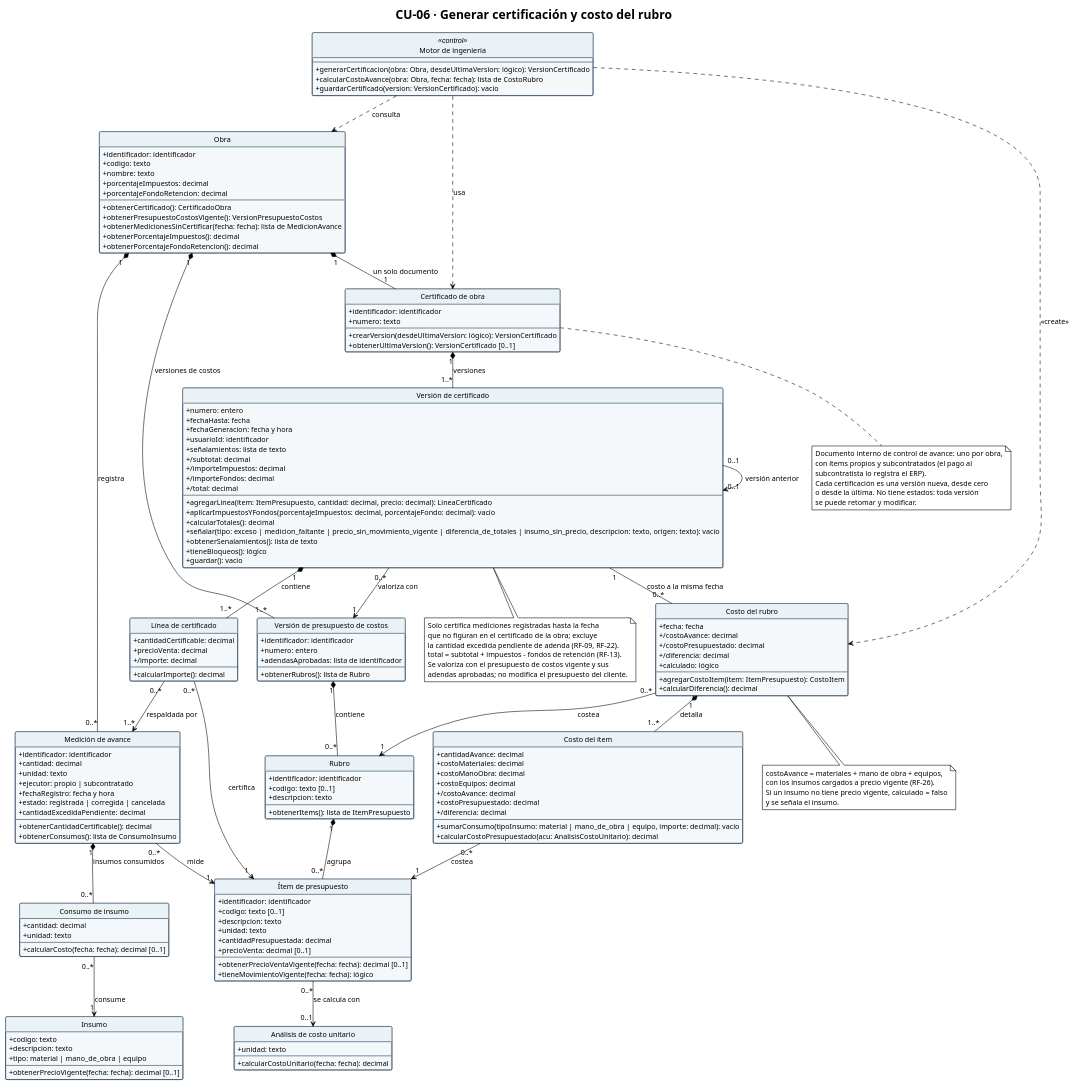
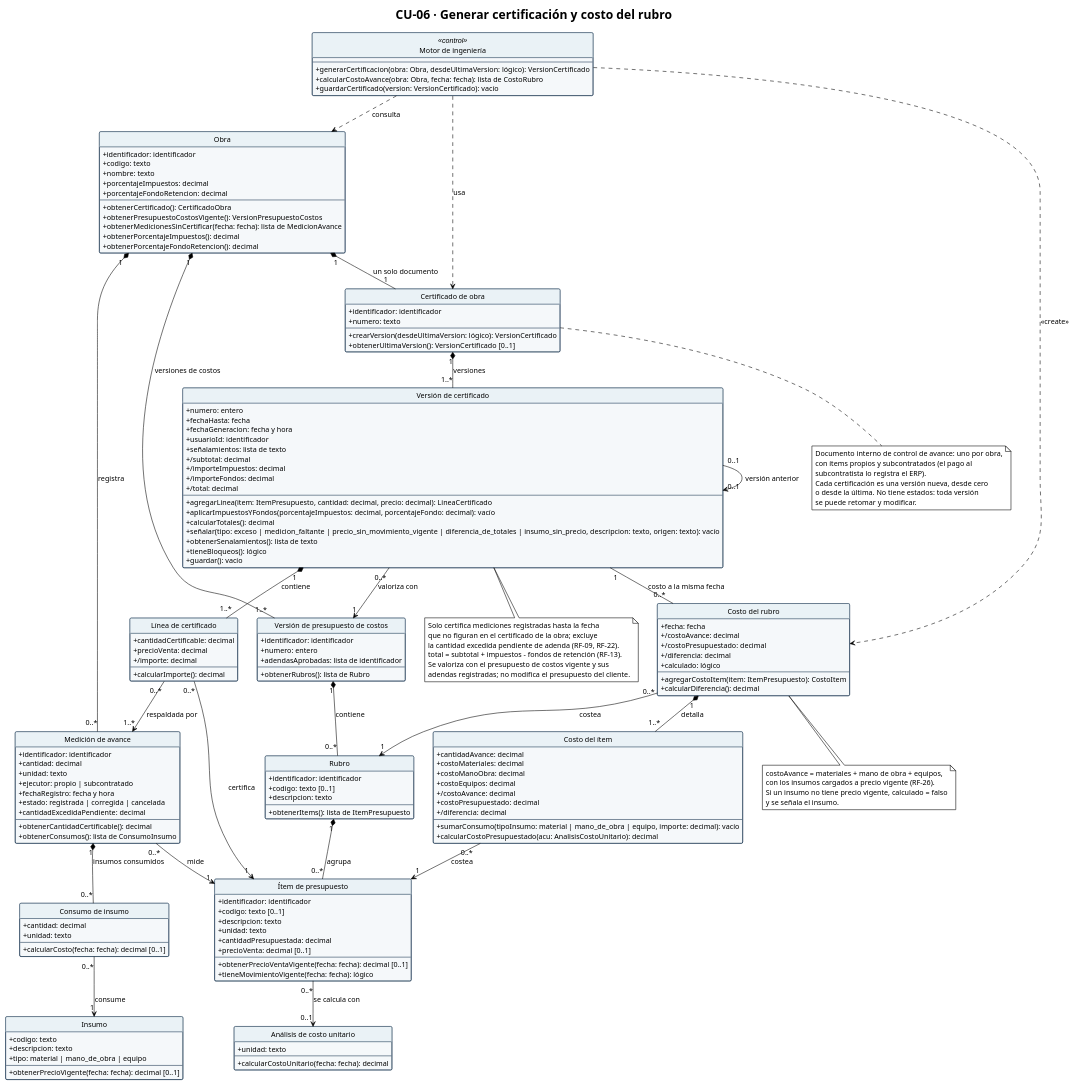
Before and after one commit to Ssrrb/tpf-uca: the diagram in diagramas/CU-06-clases.puml, drawn with PlantUML. The commit also changed 3 other files, not shown here.

First line of the commit message:
Sincroniza CU-06 con la adenda registrada (diagramas-v6)

```diff
--- a/diagramas/CU-06-clases.puml
+++ b/diagramas/CU-06-clases.puml
@@ -199,7 +199,7 @@
   la cantidad excedida pendiente de adenda (RF-09, RF-22).
   total = subtotal + impuestos - fondos de retención (RF-13).
   Se valoriza con el presupuesto de costos vigente y sus
-  adendas aprobadas; no modifica el presupuesto del cliente.
+  adendas registradas; no modifica el presupuesto del cliente.
 end note
 
 note bottom of CostoRubro
```
